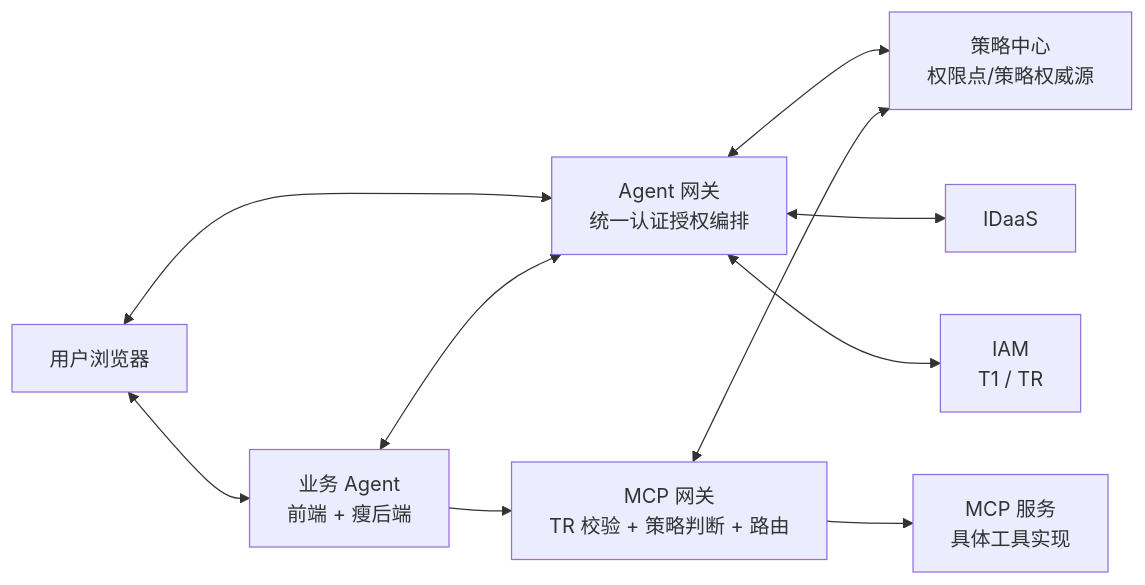
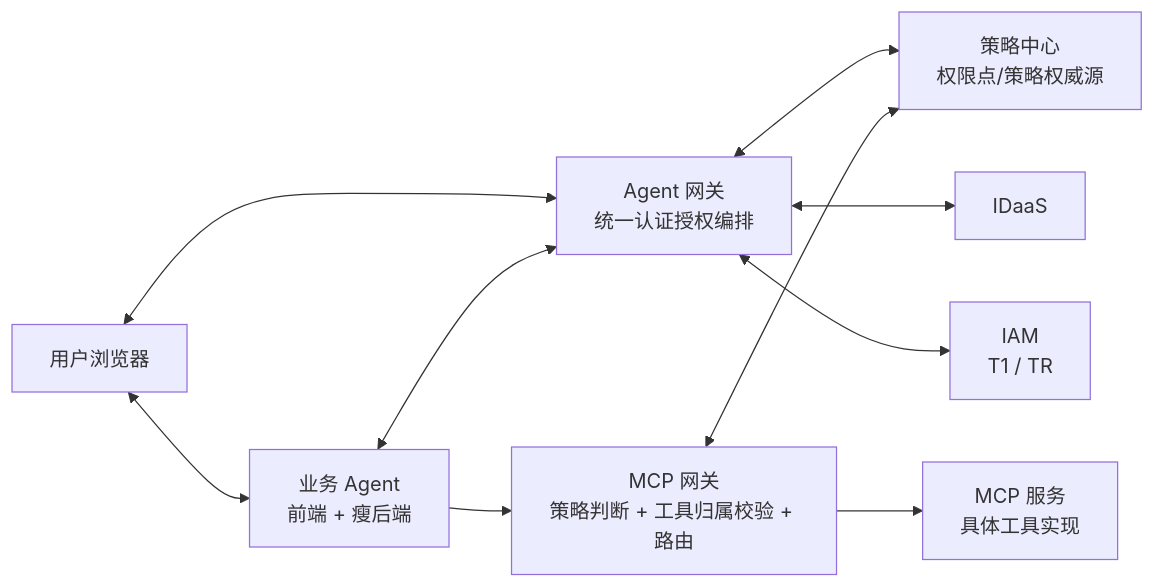
One commit to xuning117634-ux/auth-design-spec changed the first of 4 diagrams in docs/final_design/02_引入Agent网关版方案.md. Above: the diagram before and after it, drawn with Mermaid. The commit also changed other lines of this file and 11 other files, not shown here.

````diff
--- a/docs/final_design/02_引入Agent网关版方案.md
+++ b/docs/final_design/02_引入Agent网关版方案.md
@@ -48,21 +48,21 @@
 ```mermaid
 flowchart LR
     U["用户浏览器"]
     A["业务 Agent<br/>前端 + 瘦后端"]
     GW["Agent 网关<br/>统一认证授权编排"]
     PC["策略中心<br/>权限点/策略权威源"]
     I["IDaaS"]
     IAM["IAM<br/>T1 / TR"]
-    R["MCP 网关<br/>TR 校验 + 策略判断 + 路由"]
+    R["MCP 网关<br/>策略判断 + 工具归属校验 + 路由"]
     S["MCP 服务<br/>具体工具实现"]
 
     U <--> A
     U <--> GW
     A <--> GW
     GW <--> PC
     GW <--> I
     GW <--> IAM
     A --> R
     R <--> PC
     R --> S
 ```
````
